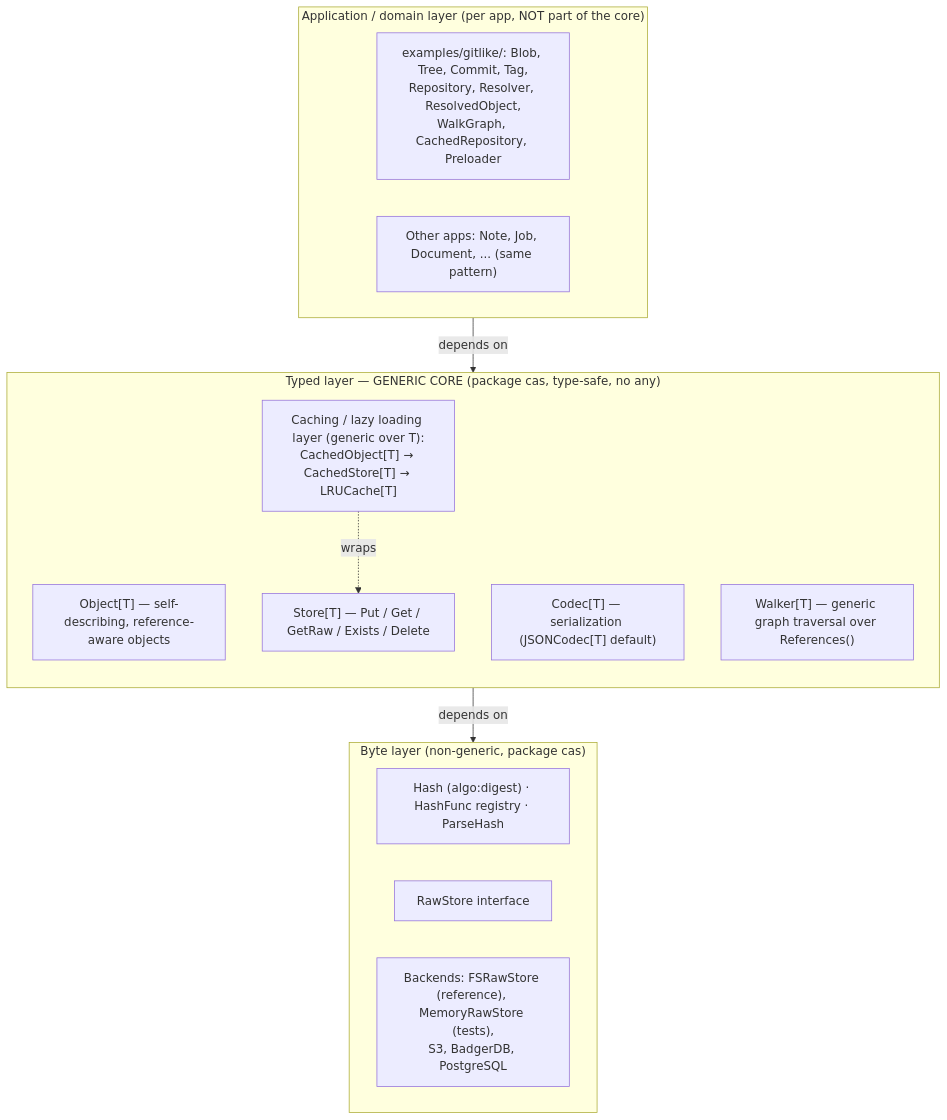
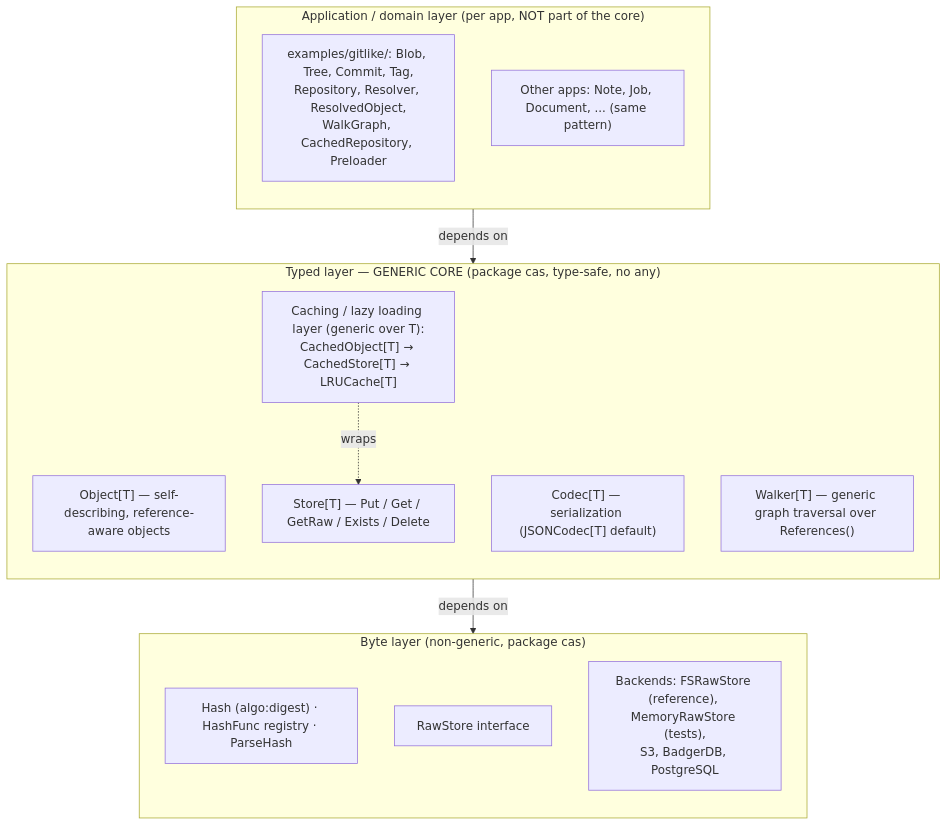
The first of 7 diagrams in .github/instructions/cas-core.instructions.md (dmundt/go-cask), drawn with Mermaid before and after one commit. The commit also changed 1 other file, not shown here.

Commit message:
docs: vertical contents in all §3.1 layer bands; label README diagram
- cas-core §3.1: all three layer bands (application, typed, byte) now
  flow vertically inside (direction TB) — reverts the horizontal
  orientations for the application and byte bands.
- README: add an "Architecture layers:" lead-in before the layer-stack
  diagram.

````diff
--- a/.github/instructions/cas-core.instructions.md
+++ b/.github/instructions/cas-core.instructions.md
@@ -90,28 +90,28 @@
 ```mermaid
 flowchart TB
     subgraph APP["Application / domain layer (per app, NOT part of the core)"]
-        direction LR
+        direction TB
         GITLIKE["examples/gitlike/: Blob, Tree, Commit, Tag,<br/>Repository, Resolver, ResolvedObject,<br/>WalkGraph, CachedRepository, Preloader"]
         OTHER["Other apps: Note, Job, Document, ... (same pattern)"]
     end
 
     subgraph TYPED["Typed layer — GENERIC CORE (package cas, type-safe, no any)"]
         direction TB
         OBJECT["Object[T] — self-describing, reference-aware objects"]
         CODEC["Codec[T] — serialization (JSONCodec[T] default)"]
         STORE["Store[T] — Put / Get / GetRaw / Exists / Delete"]
         WALKER["Walker[T] — generic graph traversal over References()"]
         CACHE["Caching / lazy loading layer (generic over T):<br/>CachedObject[T] → CachedStore[T] → LRUCache[T]"]
         CACHE -. "wraps" .-> STORE
     end
 
     subgraph BYTE["Byte layer (non-generic, package cas)"]
-        direction LR
+        direction TB
         HASH["Hash (algo:digest) · HashFunc registry · ParseHash"]
         RAW["RawStore interface"]
         BACKENDS["Backends: FSRawStore (reference), MemoryRawStore (tests),<br/>S3, BadgerDB, PostgreSQL"]
     end
 
     APP -->|"depends on"| TYPED
     TYPED -->|"depends on"| BYTE
 ```
````
